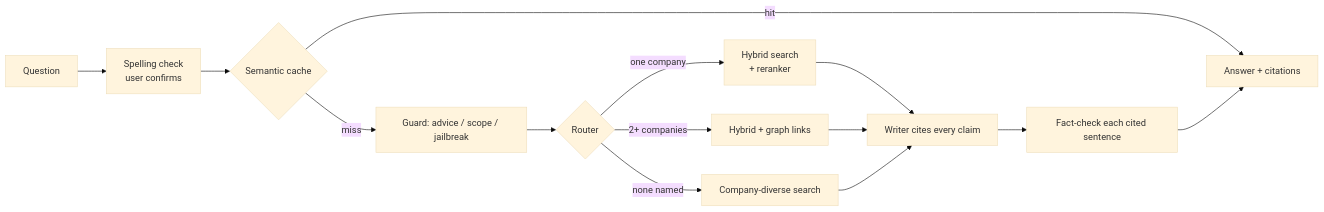
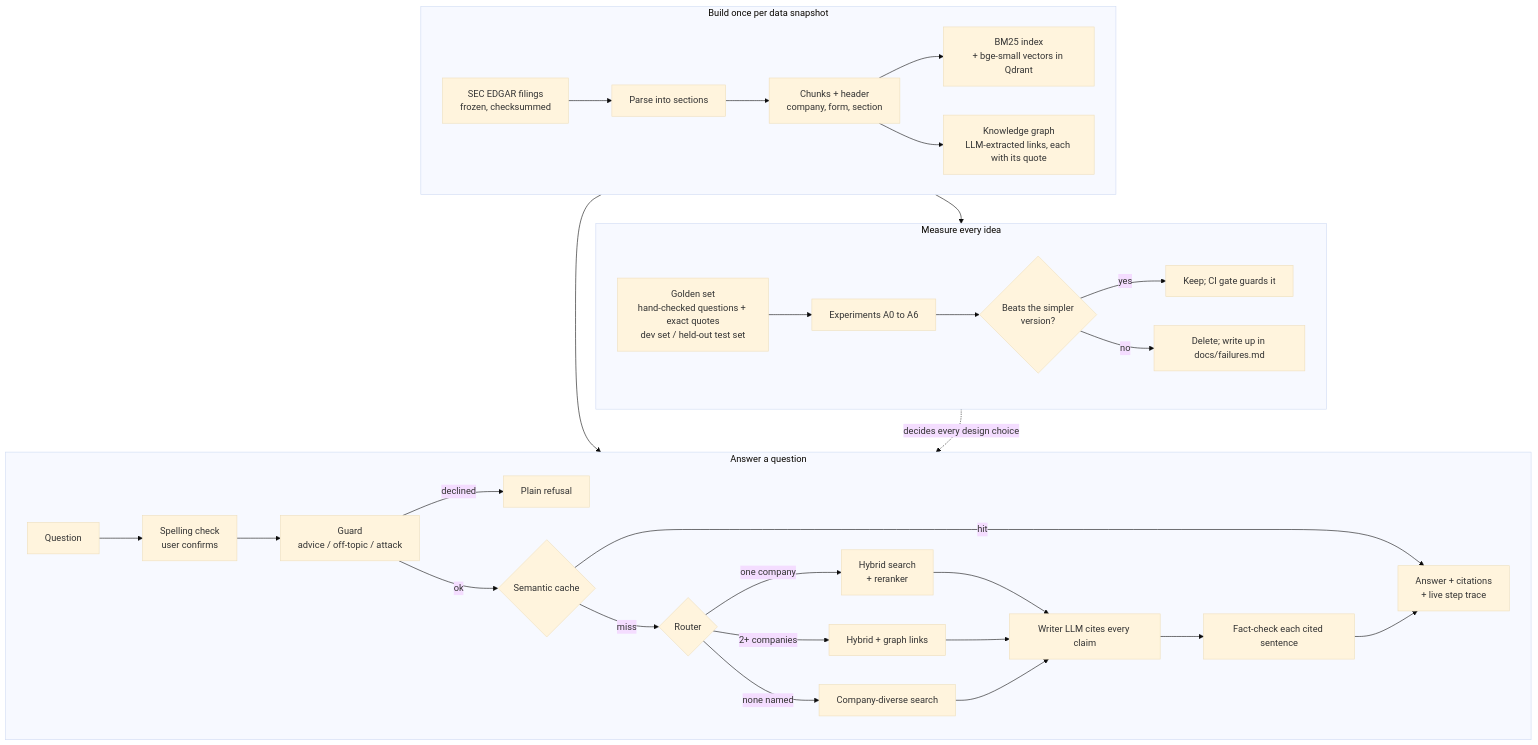
One commit to ATHARVA-87/kHop changed the diagram in README.md. Above: the diagram before and after it, drawn with Mermaid (base theme). The commit also changed other lines of this file and 1 other file, not shown here.

Commit message:
README: full-process diagram (build, measure, answer; guard before cache), table of full forms (ADR, RAG, BM25, RRF, SSE, NLI, nDCG ...); docs/adr/README.md explains what an ADR is and indexes all 13

````diff
--- a/README.md
+++ b/README.md
@@ -32,14 +32,35 @@
 ```mermaid
-flowchart LR
-    Q[Question] --> S[Spelling check<br/>user confirms]
-    S --> C{Semantic cache}
-    C -- hit --> A[Answer + citations]
-    C -- miss --> G[Guard: advice / scope / jailbreak]
-    G --> R{Router}
-    R -- one company --> L[Hybrid search<br/>+ reranker]
-    R -- 2+ companies --> M[Hybrid + graph links]
-    R -- none named --> W[Company-diverse search]
-    L & M & W --> Wr[Writer cites every claim]
-    Wr --> V[Fact-check each cited sentence]
-    V --> A
+flowchart TB
+    subgraph BUILD["Build once per data snapshot"]
+        direction LR
+        E["SEC EDGAR filings<br/>frozen, checksummed"] --> P["Parse into sections"]
+        P --> CH["Chunks + header<br/>company, form, section"]
+        CH --> IX["BM25 index<br/>+ bge-small vectors in Qdrant"]
+        CH --> KG["Knowledge graph<br/>LLM-extracted links, each with its quote"]
+    end
+    subgraph EVAL["Measure every idea"]
+        direction LR
+        GS["Golden set<br/>hand-checked questions + exact quotes<br/>dev set / held-out test set"] --> EX["Experiments A0 to A6"]
+        EX --> K{"Beats the simpler<br/>version?"}
+        K -- "yes" --> KEEP["Keep; CI gate guards it"]
+        K -- "no" --> DROP["Delete; write up in docs/failures.md"]
+    end
+    subgraph ASK["Answer a question"]
+        direction LR
+        Q["Question"] --> S["Spelling check<br/>user confirms"]
+        S --> G["Guard<br/>advice / off-topic / attack"]
+        G -- "declined" --> REF["Plain refusal"]
+        G -- "ok" --> C{"Semantic cache"}
+        C -- "hit" --> A["Answer + citations<br/>+ live step trace"]
+        C -- "miss" --> R{"Router"}
+        R -- "one company" --> L["Hybrid search<br/>+ reranker"]
+        R -- "2+ companies" --> M["Hybrid + graph links"]
+        R -- "none named" --> W["Company-diverse search"]
+        L & M & W --> Wr["Writer LLM cites every claim"]
+        Wr --> V["Fact-check each cited sentence"]
+        V --> A
+    end
+    BUILD --> ASK
+    BUILD --> EVAL
+    EVAL -.->|"decides every design choice"| ASK
 ```
````
